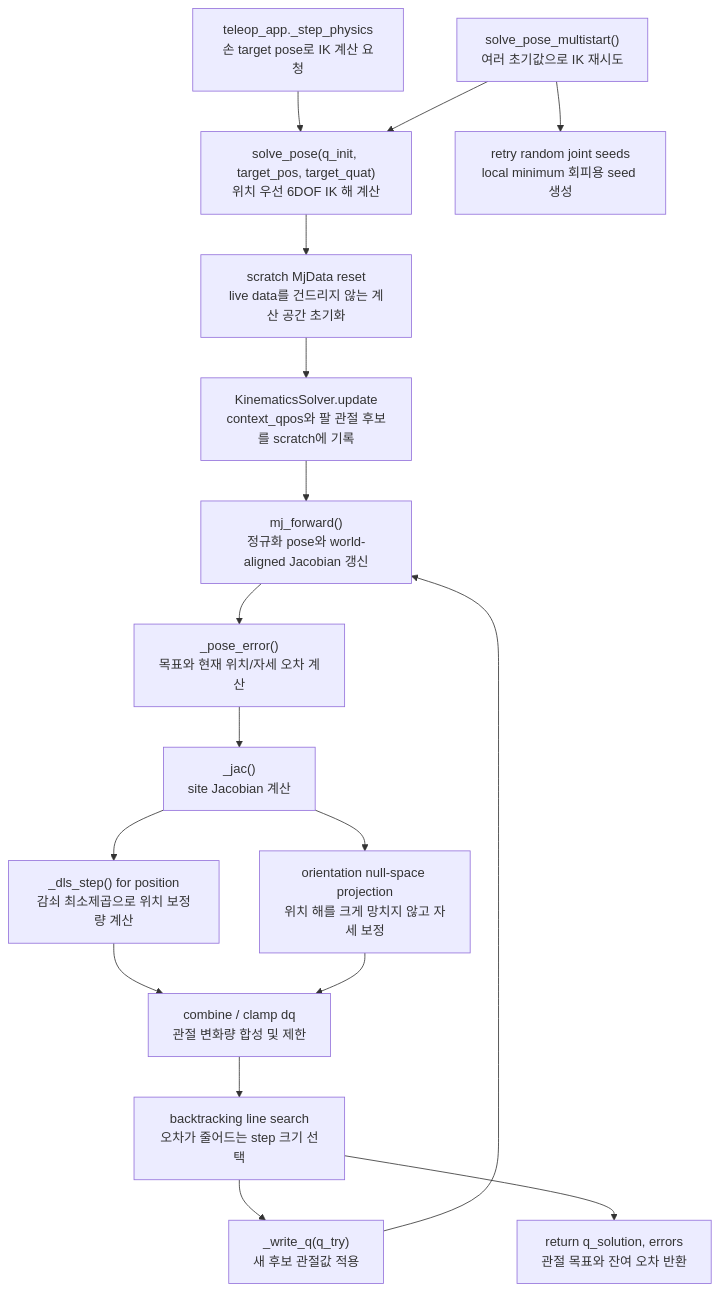
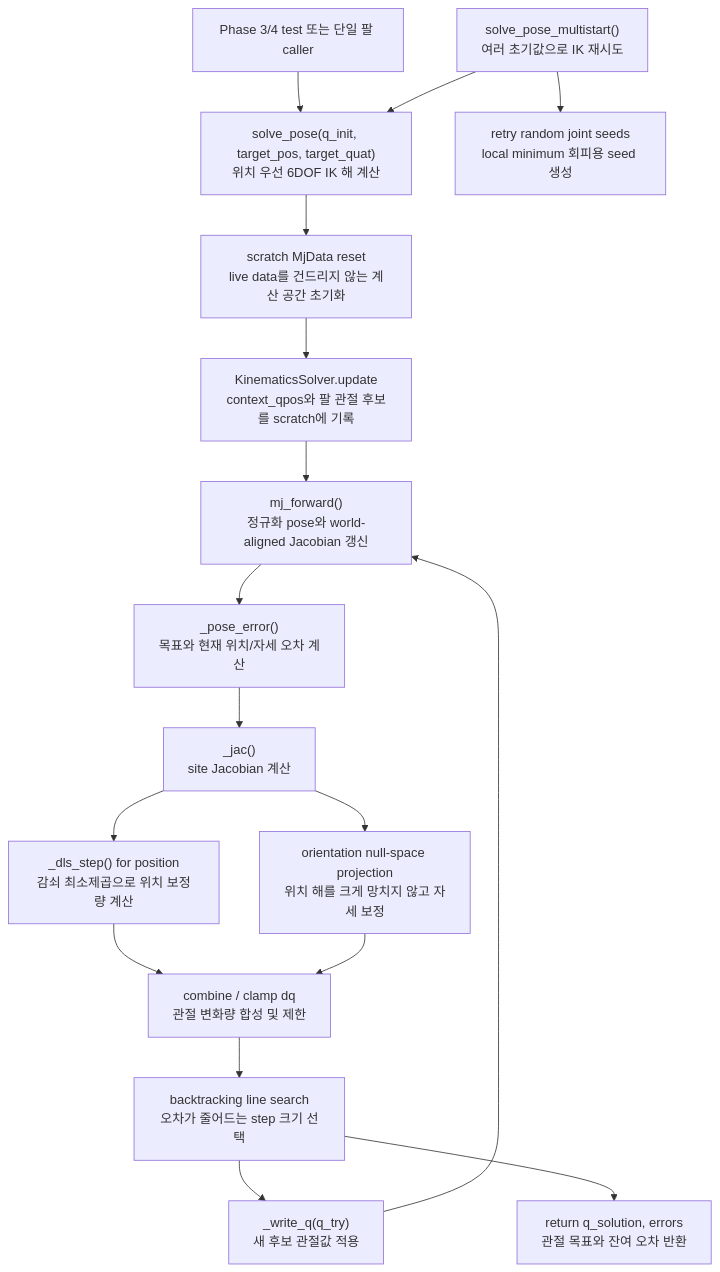
Before and after one commit to ggh-png/ffw-sh5-grasp: the diagram in docs/guide/ik.md, drawn with Mermaid. The commit also changed other lines of this file and 16 other files, not shown here.

````diff
--- a/docs/guide/ik.md
+++ b/docs/guide/ik.md
@@ -75,20 +74,20 @@
 ```mermaid
 flowchart TD
-    A["teleop_app._step_physics<br>손 target pose로 IK 계산 요청"] --> B["solve_pose(q_init, target_pos, target_quat)<br>위치 우선 6DOF IK 해 계산"]
+    A["Phase 3/4 test 또는 단일 팔 caller"] --> B["solve_pose(q_init, target_pos, target_quat)<br>위치 우선 6DOF IK 해 계산"]
     B --> C["scratch MjData reset<br>live data를 건드리지 않는 계산 공간 초기화"]
     C --> D["KinematicsSolver.update<br>context_qpos와 팔 관절 후보를 scratch에 기록"]
     D --> F["mj_forward()<br>정규화 pose와 world-aligned Jacobian 갱신"]
     F --> G["_pose_error()<br>목표와 현재 위치/자세 오차 계산"]
     G --> H["_jac()<br>site Jacobian 계산"]
     H --> I["_dls_step() for position<br>감쇠 최소제곱으로 위치 보정량 계산"]
     H --> J["orientation null-space projection<br>위치 해를 크게 망치지 않고 자세 보정"]
     I --> K["combine / clamp dq<br>관절 변화량 합성 및 제한"]
     J --> K
     K --> L["backtracking line search<br>오차가 줄어드는 step 크기 선택"]
     L --> M["_write_q(q_try)<br>새 후보 관절값 적용"]
     M --> F
     L --> N["return q_solution, errors<br>관절 목표와 잔여 오차 반환"]
 
     O["solve_pose_multistart()<br>여러 초기값으로 IK 재시도"] --> B
     O --> P["retry random joint seeds<br>local minimum 회피용 seed 생성"]
 ```
````
